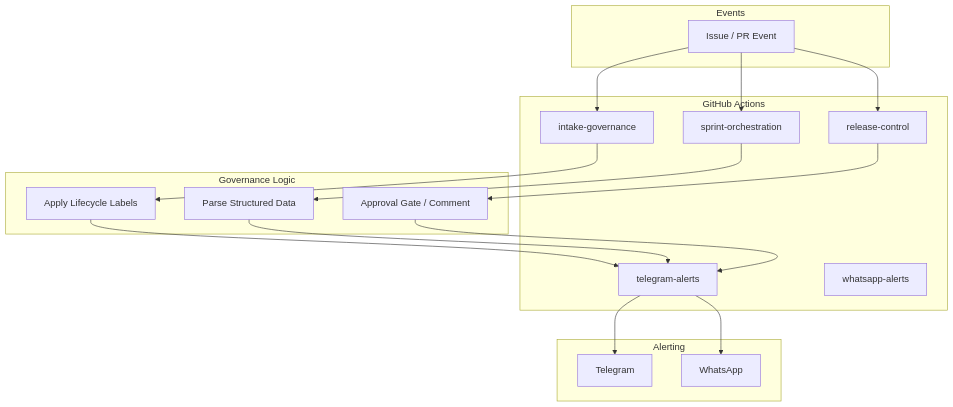
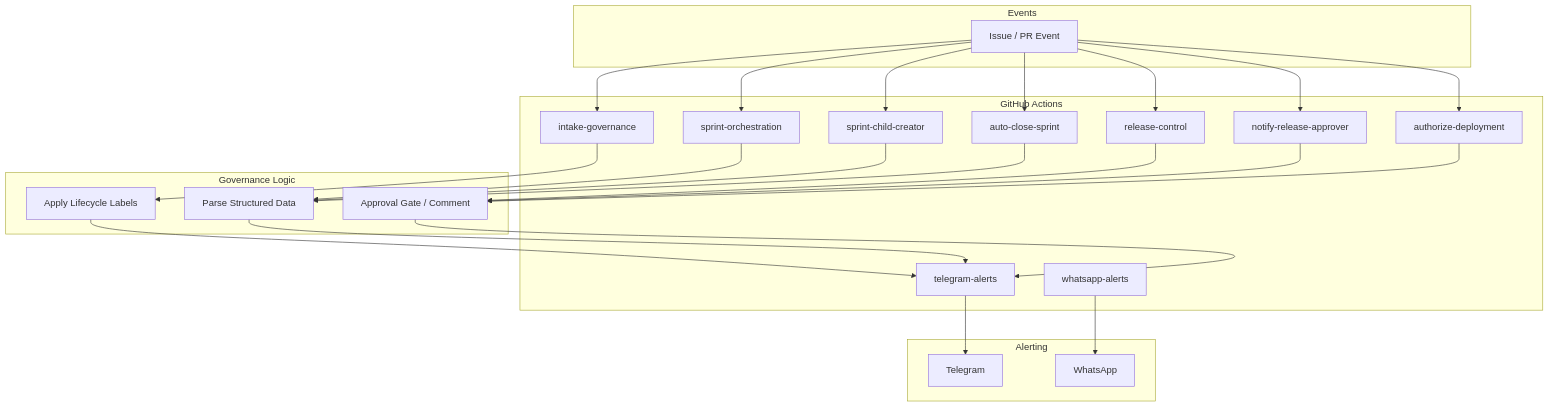
One commit to jkaweesi22/github-delivery-operating-system changed the diagram in docs/architecture.md. Above: the diagram before and after it, drawn with Mermaid. The commit also changed other lines of this file and 30 other files, not shown here.

First line of the commit message:
feat: extend Delivery OS with sprint, release, and alerting workflows

````diff
--- a/docs/architecture.md
+++ b/docs/architecture.md
@@ -20,40 +20,52 @@
 ```mermaid
 flowchart TD
     subgraph Events
         A[Issue / PR Event]
     end
     
     subgraph GitHub["GitHub Actions"]
         B[intake-governance]
         C[sprint-orchestration]
+        C2[sprint-child-creator]
         D[release-control]
-        E[telegram-alerts]
-        F[whatsapp-alerts]
+        D2[notify-release-approver]
+        D3[authorize-deployment]
+        E[auto-close-sprint]
+        F[telegram-alerts]
+        G[whatsapp-alerts]
     end
     
     subgraph Governance["Governance Logic"]
-        G[Apply Lifecycle Labels]
-        H[Parse Structured Data]
-        I[Approval Gate / Comment]
+        H[Apply Lifecycle Labels]
+        I[Parse Structured Data]
+        J[Approval Gate / Comment]
     end
     
     subgraph Notifications["Alerting"]
-        J[Telegram]
-        K[WhatsApp]
+        K[Telegram]
+        L[WhatsApp]
     end
     
     A --> B
     A --> C
+    A --> C2
     A --> D
+    A --> D2
+    A --> D3
+    A --> E
     
-    B --> G
-    C --> H
-    D --> I
+    B --> H
+    C --> I
+    C2 --> I
+    D --> J
+    D2 --> J
+    D3 --> J
+    E --> I
     
-    G --> E
-    H --> E
-    I --> E
+    H --> F
+    I --> F
+    J --> F
     
-    E --> J
-    E --> K
+    F --> K
+    G --> L
 ```
````
